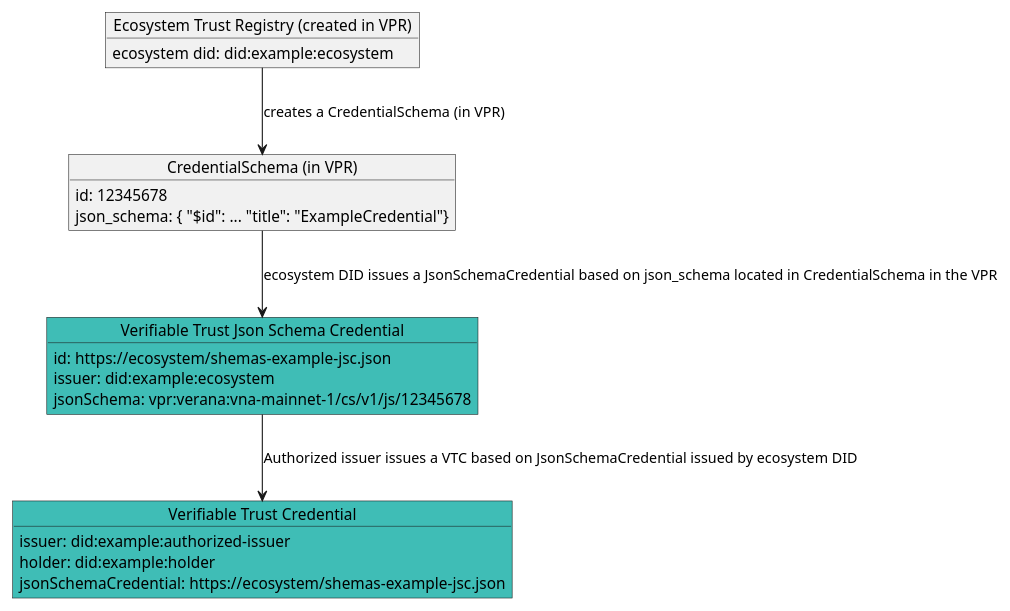
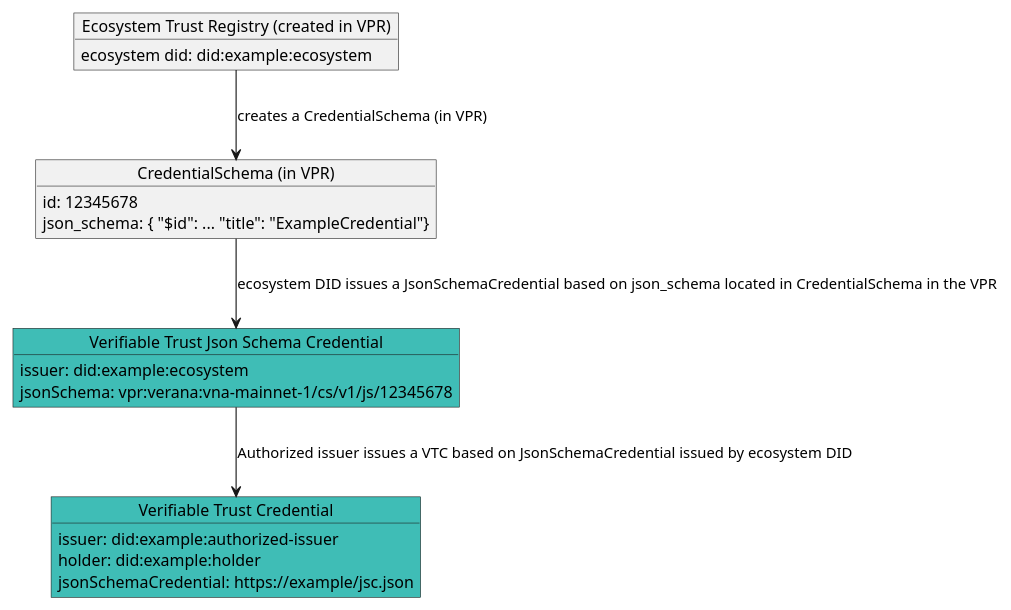
The fourth of 4 diagrams in spec.md (verana-labs/verifiable-trust-spec), drawn with PlantUML before and after one commit. The commit also changed other lines of this file and 3 other files, not shown here.

````diff
--- a/spec.md
+++ b/spec.md
@@ -444,30 +438,29 @@
 ```plantuml
 
 @startuml
 scale max 800 width
 object "Ecosystem Trust Registry (created in VPR)" as es {
   ecosystem did: did:example:ecosystem
 }
 object "CredentialSchema (in VPR)" as cs {
   id: 12345678
   json_schema: { "$id": ... "title": "ExampleCredential"}
 }
 object "Verifiable Trust Json Schema Credential" as jsc #3fbdb6 {
-  id: https://ecosystem/shemas-example-jsc.json
   issuer: did:example:ecosystem
   jsonSchema: vpr:verana:vna-mainnet-1/cs/v1/js/12345678
 }
 
 object "Verifiable Trust Credential" as vscred #3fbdb6 {
   issuer: did:example:authorized-issuer
   holder: did:example:holder
-  jsonSchemaCredential: https://ecosystem/shemas-example-jsc.json
+  jsonSchemaCredential: https://example/jsc.json
 }
 
  jsc --> vscred: Authorized issuer issues a VTC based on JsonSchemaCredential issued by ecosystem DID
 cs --> jsc : ecosystem DID issues a JsonSchemaCredential based on json_schema located in CredentialSchema in the VPR
 es --> cs : creates a CredentialSchema (in VPR)
 
 @enduml
 
 ```
````
